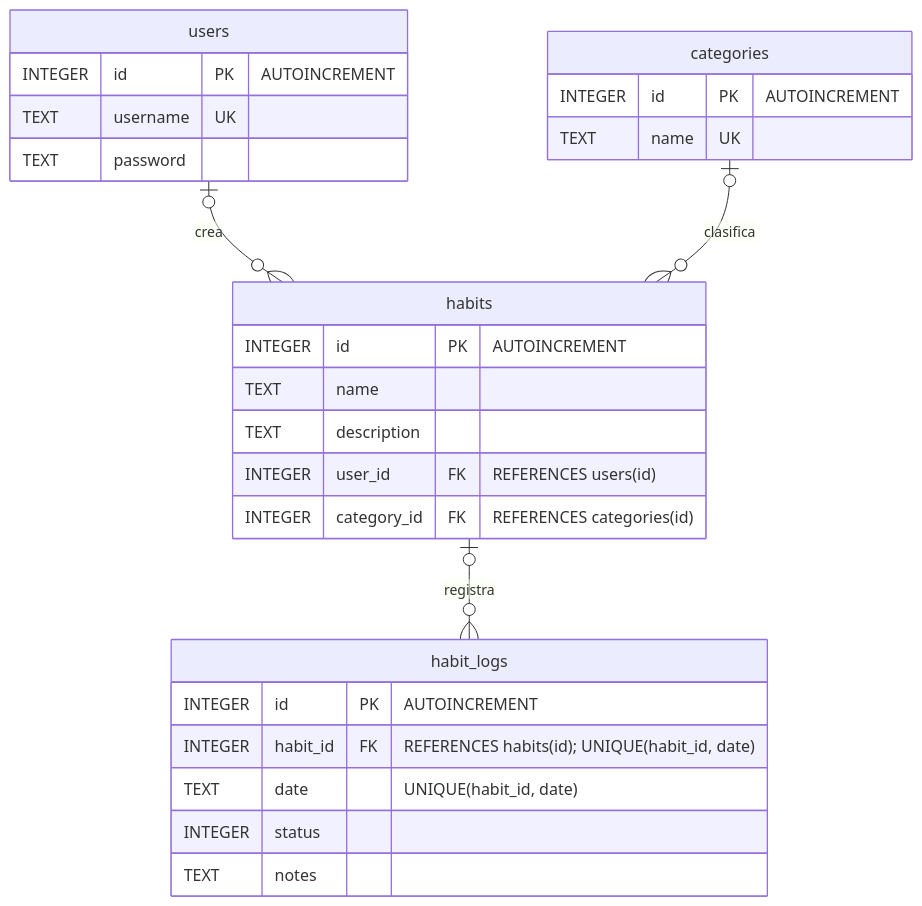
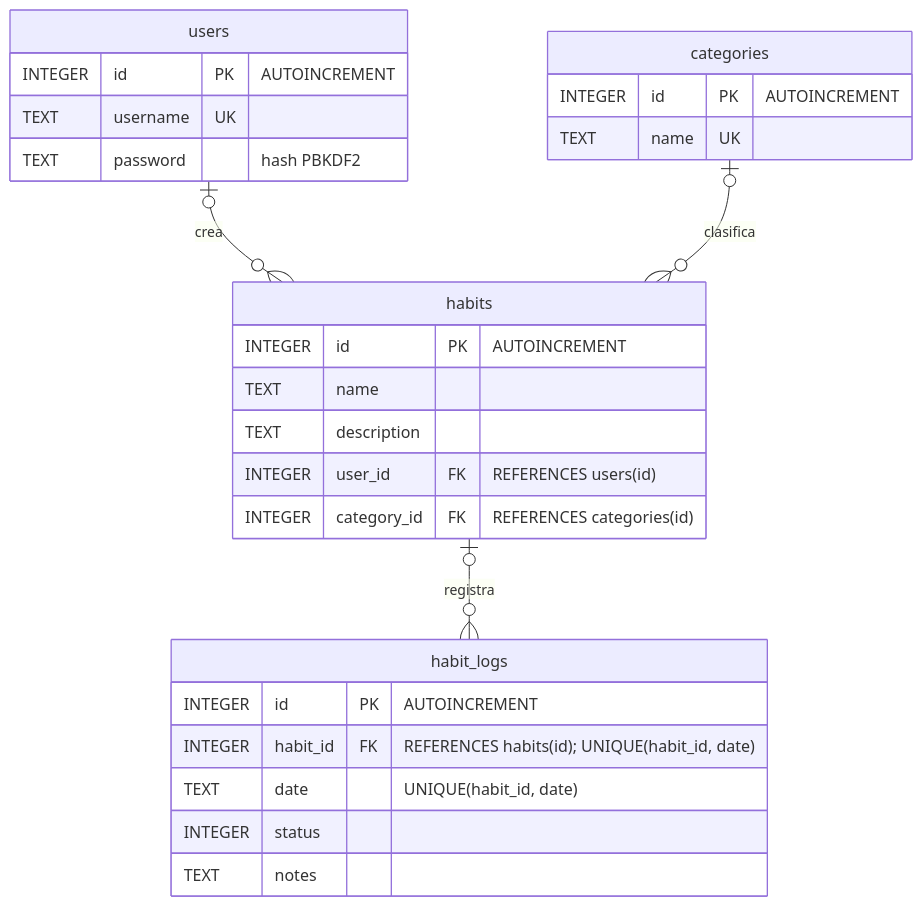
Before and after one commit to JotaP86/VitaHabito: the diagram in docs/database.md, drawn with Mermaid. The commit also changed other lines of this file and 1 other file, not shown here.

````diff
--- a/docs/database.md
+++ b/docs/database.md
@@ -7,33 +7,33 @@
 ```mermaid
 erDiagram
     users |o--o{ habits : "crea"
     categories |o--o{ habits : "clasifica"
     habits |o--o{ habit_logs : "registra"
 
     users {
         INTEGER id PK "AUTOINCREMENT"
         TEXT username UK
-        TEXT password
+        TEXT password "hash PBKDF2"
     }
 
     categories {
         INTEGER id PK "AUTOINCREMENT"
         TEXT name UK
     }
 
     habits {
         INTEGER id PK "AUTOINCREMENT"
         TEXT name
         TEXT description
         INTEGER user_id FK "REFERENCES users(id)"
         INTEGER category_id FK "REFERENCES categories(id)"
     }
 
     habit_logs {
         INTEGER id PK "AUTOINCREMENT"
         INTEGER habit_id FK "REFERENCES habits(id); UNIQUE(habit_id, date)"
         TEXT date "UNIQUE(habit_id, date)"
         INTEGER status
         TEXT notes
     }
 ```
````
